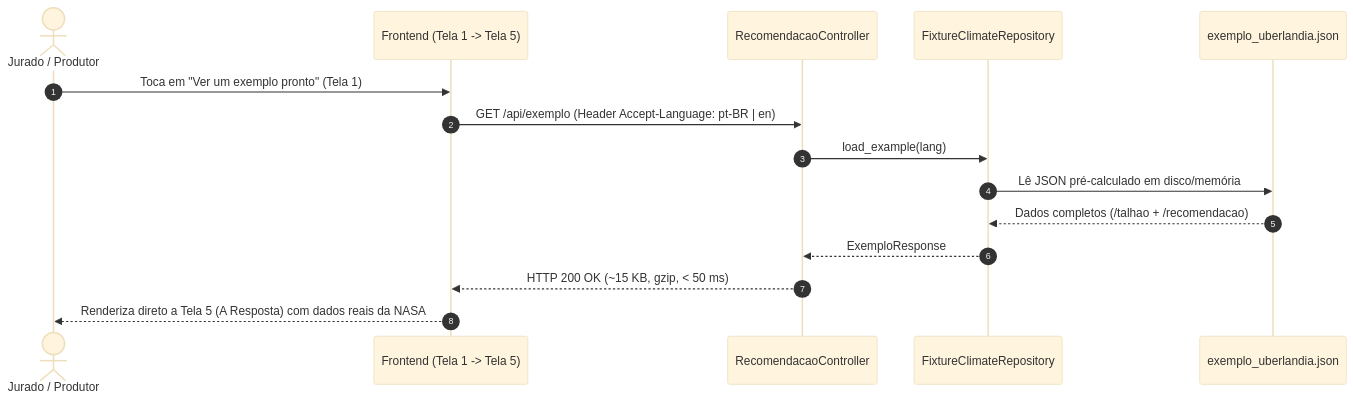
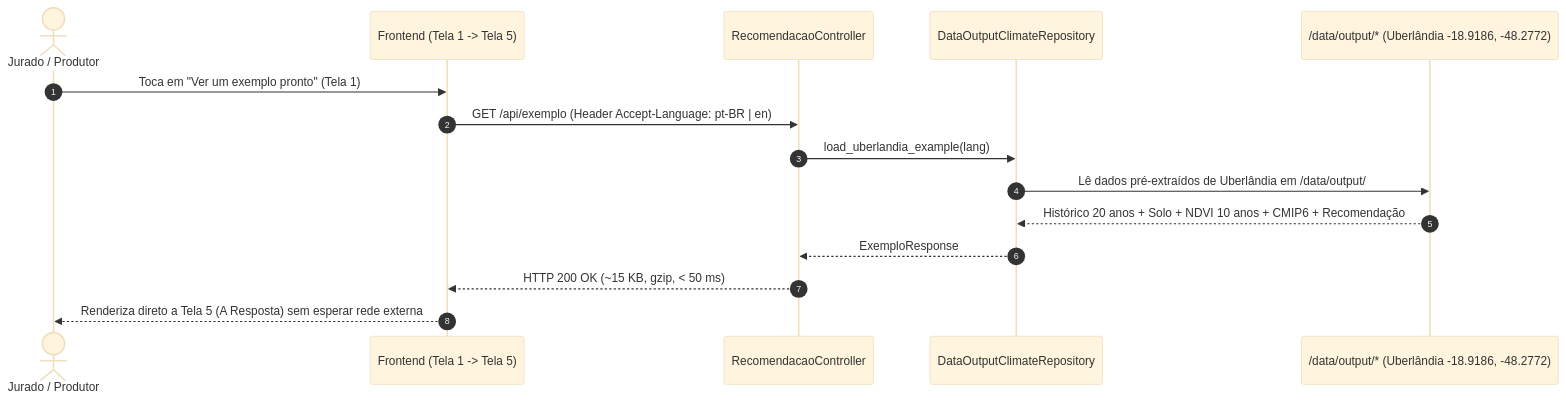
One commit to Ricardo07g/nasa-challenge changed the second of 6 diagrams in projeto/backend/docs/diagrama-de-sequencias.md. Above: the diagram before and after it, drawn with Mermaid (base theme). The commit also changed other lines of this file and 2 other files, not shown here.

Commit message:
docs: alteração de acordo com script

````diff
--- a/projeto/backend/docs/diagrama-de-sequencias.md
+++ b/projeto/backend/docs/diagrama-de-sequencias.md
@@ -59,18 +73,18 @@
 ```mermaid
 sequenceDiagram
     autonumber
     actor User as Jurado / Produtor
     participant UI as Frontend (Tela 1 -> Tela 5)
     participant Ctrl as RecomendacaoController
-    participant Repo as FixtureClimateRepository
-    participant File as exemplo_uberlandia.json
+    participant Repo as DataOutputClimateRepository
+    participant Files as /data/output/* (Uberlândia -18.9186, -48.2772)
 
     User->>UI: Toca em "Ver um exemplo pronto" (Tela 1)
     UI->>Ctrl: GET /api/exemplo (Header Accept-Language: pt-BR | en)
-    Ctrl->>Repo: load_example(lang)
-    Repo->>File: Lê JSON pré-calculado em disco/memória
-    File-->>Repo: Dados completos (/talhao + /recomendacao)
+    Ctrl->>Repo: load_uberlandia_example(lang)
+    Repo->>Files: Lê dados pré-extraídos de Uberlândia em /data/output/
+    Files-->>Repo: Histórico 20 anos + Solo + NDVI 10 anos + CMIP6 + Recomendação
     Repo-->>Ctrl: ExemploResponse
     Ctrl-->>UI: HTTP 200 OK (~15 KB, gzip, < 50 ms)
-    UI-->>User: Renderiza direto a Tela 5 (A Resposta) com dados reais da NASA
+    UI-->>User: Renderiza direto a Tela 5 (A Resposta) sem esperar rede externa
 ```
````
